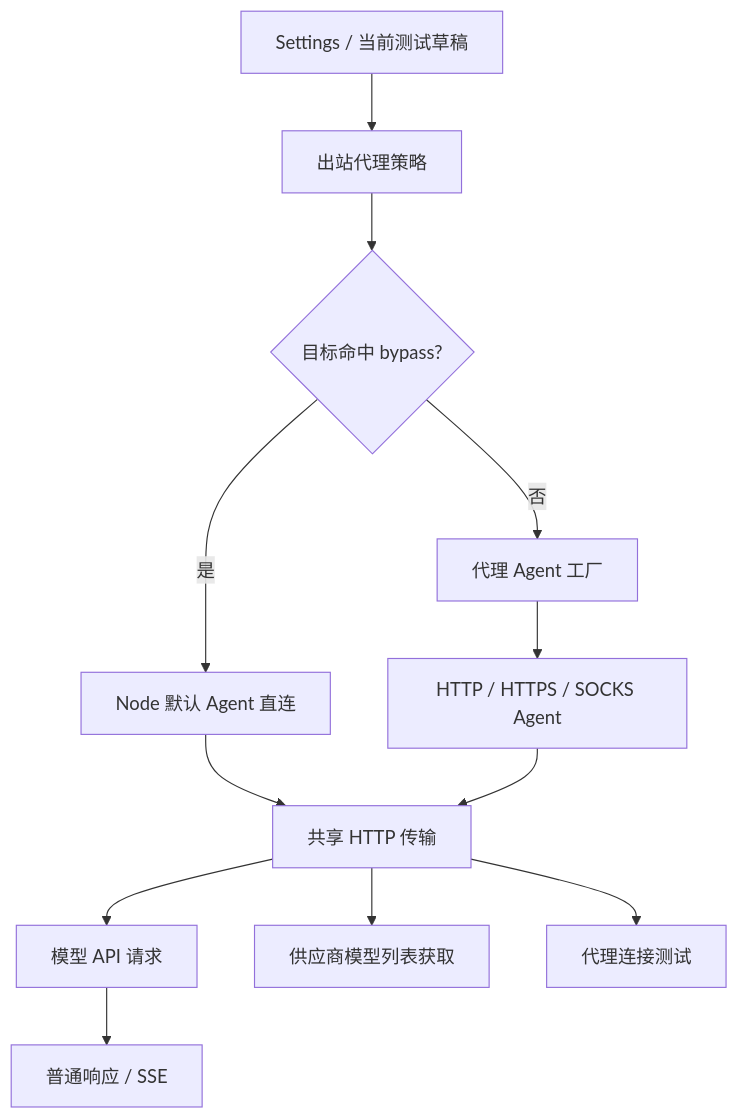
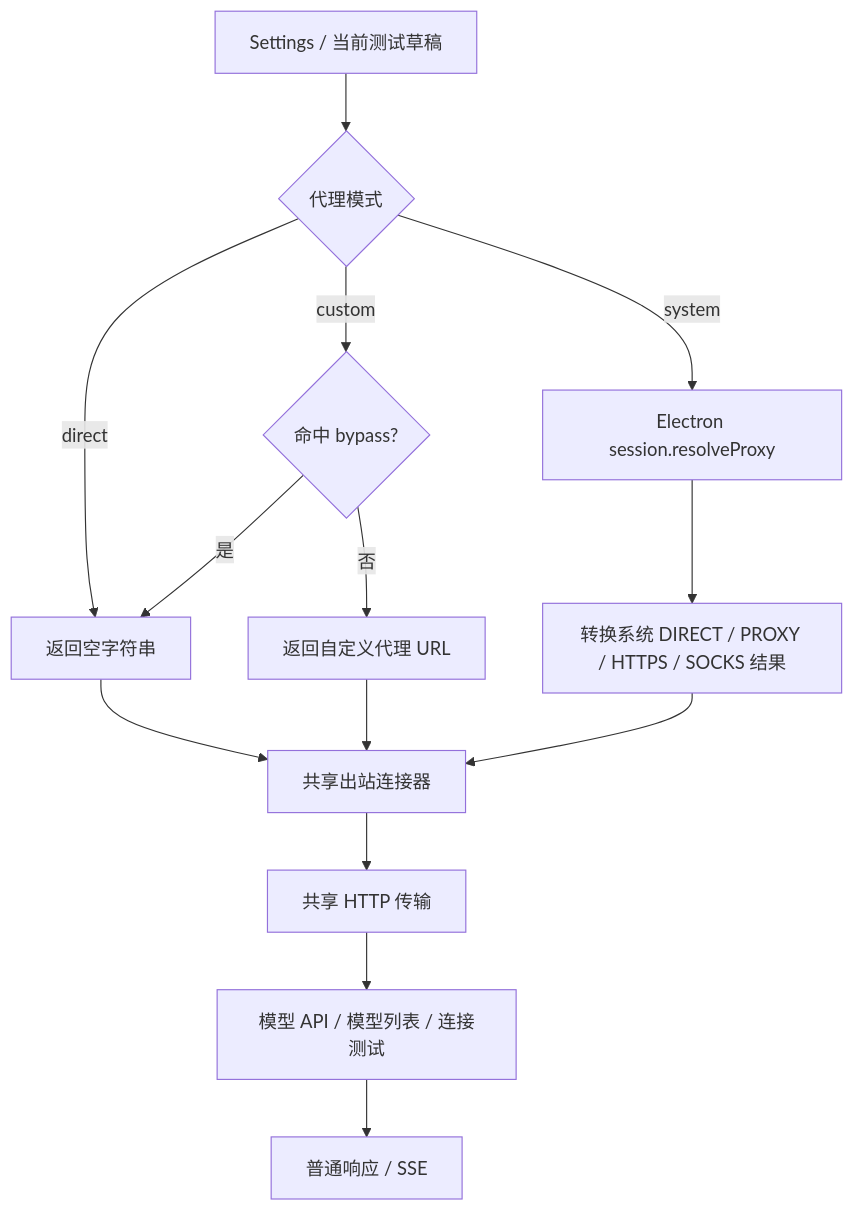
One commit to yinxulai/one-switch changed the first of 2 diagrams in product/outbound-proxy.md. Above: the diagram before and after it, drawn with Mermaid. The commit also changed other lines of this file and 1 other file, not shown here.

Commit message:
docs(outbound-proxy): define proxy modes and credential handling

````diff
--- a/product/outbound-proxy.md
+++ b/product/outbound-proxy.md
@@ -170,14 +175,16 @@
 ```mermaid
 flowchart TD
-    A[Settings / 当前测试草稿] --> B[出站代理策略]
-    B --> C{目标命中 bypass?}
-    C -->|是| D[Node 默认 Agent 直连]
-    C -->|否| E[代理 Agent 工厂]
-    E --> F[HTTP / HTTPS / SOCKS Agent]
-    D --> G[共享 HTTP 传输]
-    F --> G
-    G --> H[模型 API 请求]
-    G --> I[供应商模型列表获取]
-    G --> J[代理连接测试]
-    H --> K[普通响应 / SSE]
+    A[Settings / 当前测试草稿] --> B{代理模式}
+    B -->|direct| C[返回空字符串]
+    B -->|system| D[Electron session.resolveProxy]
+    B -->|custom| E{命中 bypass?}
+    E -->|是| C
+    E -->|否| F[返回自定义代理 URL]
+    D --> G[转换系统 DIRECT / PROXY / HTTPS / SOCKS 结果]
+    C --> H[共享出站连接器]
+    F --> H
+    G --> H
+    H --> I[共享 HTTP 传输]
+    I --> J[模型 API / 模型列表 / 连接测试]
+    J --> K[普通响应 / SSE]
 ```
````
